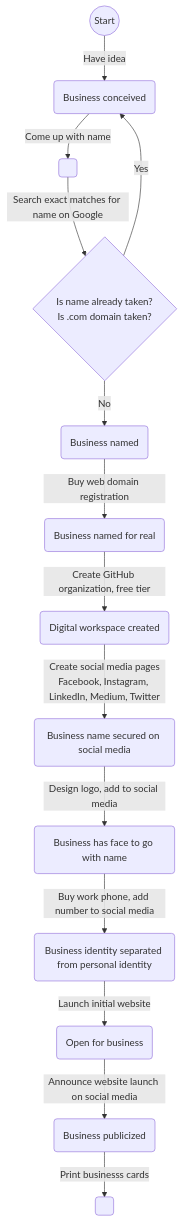
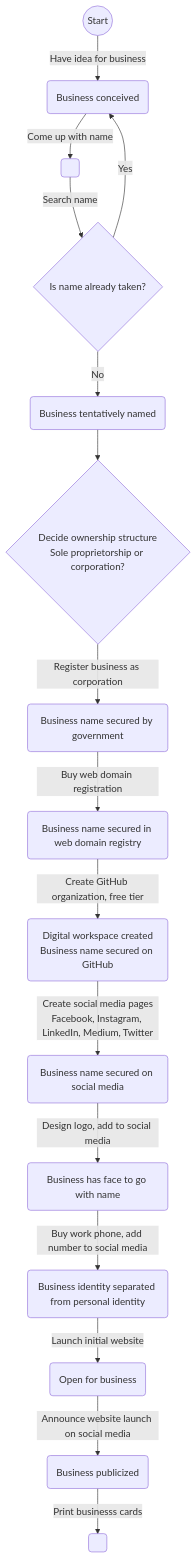
One commit to OttawaNerdCorp/blog changed the diagram in bizdev-flowchart.md. Above: the diagram before and after it, drawn with Mermaid. The commit also changed other lines of this file, not shown here.

Commit message:
Update flowchart

````diff
--- a/bizdev-flowchart.md
+++ b/bizdev-flowchart.md
@@ -1,17 +5,20 @@
 ```mermaid
 flowchart TB
-    s0((Start)) -- Have idea --> s1(Business conceived)
+    s0((Start)) -- Have idea for business --> s1(Business conceived)
     s1 -- Come up with name --> s2( )
-    s2 -- Search exact matches for name on Google --> s3
-    s3{Is name already taken?<br>Is .com domain taken?}
-    s3 -- Yes --> s1
-    s3 -- No --> s4(Business named)
-    s4 -- Buy web domain registration --> s5(Business named for real)
-    s5 -- Create GitHub organization, free tier--> s6(Digital workspace created)
-    s6 -- Create social media pages<br>Facebook, Instagram, LinkedIn, Medium, Twitter --> s7(Business name secured on social media)
-    s7 -- Design logo, add to social media --> s8(Business has face to go with name)
-    s8 -- Buy work phone, add number to social media --> s9(Business identity separated from personal identity)
-    s9 -- Launch initial website --> s10(Open for business)
-    s10 -- Announce website launch on social media --> s11(Business publicized)
-    s11 -- Print businesss cards --> s12( )
+    s2 -- Search name --> d1
+    d1{Is name already taken?}
+    d1 -- Yes --> s1
+    d1 -- No --> s4(Business tentatively named)
+    s4 --> d2
+    d2{Decide ownership structure<br>Sole proprietorship or corporation?}
+    d2 -- Register business as corporation --> s5(Business name secured by government)
+    s5 -- Buy web domain registration --> s6(Business name secured in web domain registry)
+    s6 -- Create GitHub organization, free tier--> s7(Digital workspace created<br>Business name secured on GitHub)
+    s7 -- Create social media pages<br>Facebook, Instagram, LinkedIn, Medium, Twitter --> s8(Business name secured on social media)
+    s8 -- Design logo, add to social media --> s9(Business has face to go with name)
+    s9 -- Buy work phone, add number to social media --> s10(Business identity separated from personal identity)
+    s10 -- Launch initial website --> s11(Open for business)
+    s11 -- Announce website launch on social media --> s12(Business publicized)
+    s12 -- Print businesss cards --> s13( )
 ```
````
